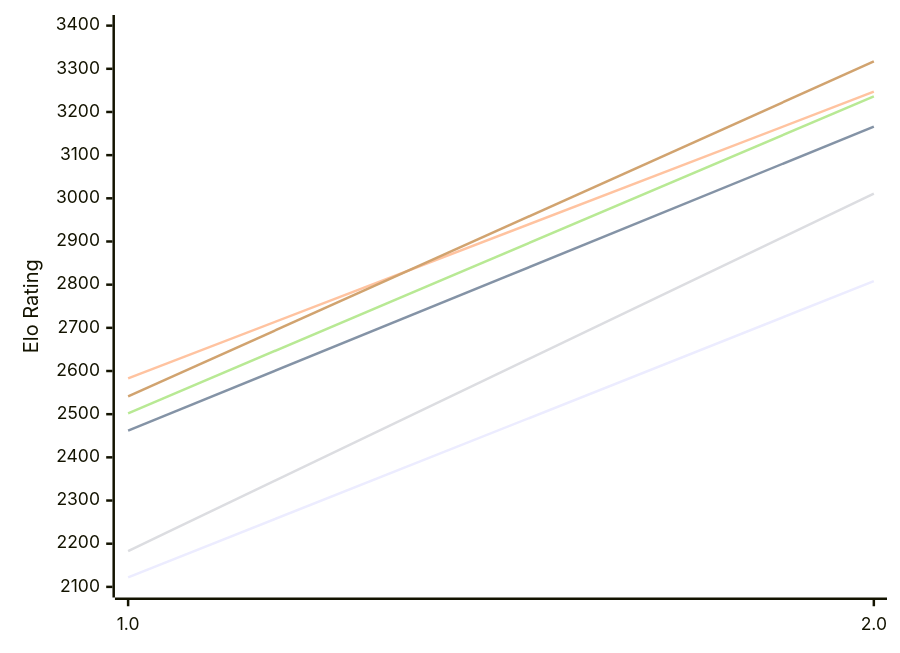
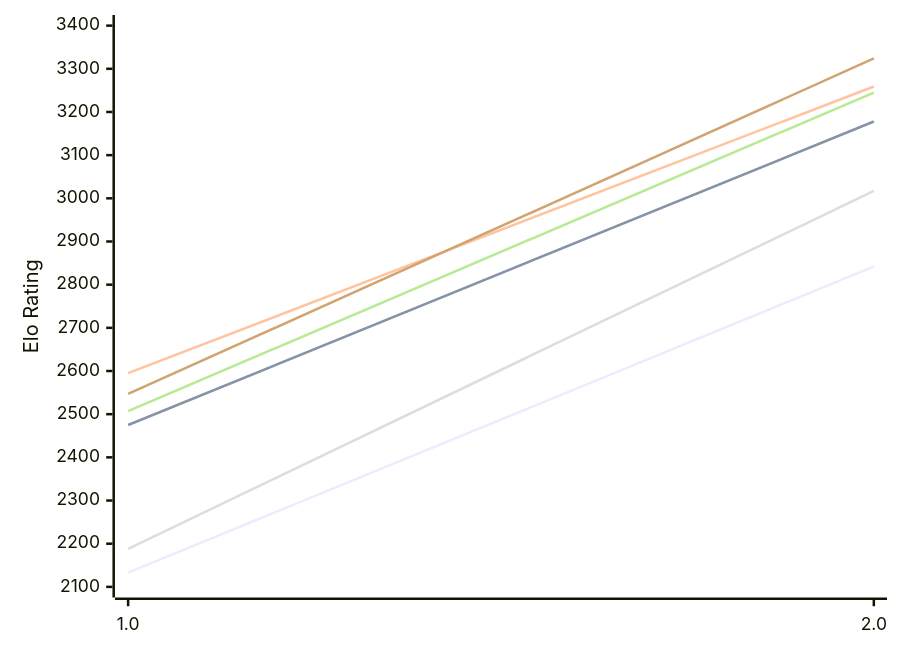
One commit to computer-chess-index/cci changed the diagram in engines/Scarlet.md. Above: the diagram before and after it, drawn with Mermaid. The commit also changed other lines of this file, not shown here.

Commit message:
Update CCI Ratings (ELO VLTC) - 2026-10-25

````diff
--- a/engines/Scarlet.md
+++ b/engines/Scarlet.md
@@ -49,12 +49,12 @@
 ```mermaid
 %%{init: {"theme":"base","themeVariables":{"seriesColors:['#a3a3a3','#222221','#faa371']}}}%%
 xychart-beta
   x-axis ["1.0", "2.0"]
   y-axis "Elo Rating" 2100 --> 3400
-  line "E1: STC (8.0+0.08s)" [2122, 2808]
-  line "E1: LTC (60.0+0.60s)" [2462, 3166]
-  line "E1: VLTC (2m24s+1.12s)" [2583, 3247]
-  line "P1: STC (8.0+0.08s)" [2183, 3011]
-  line "P1: LTC (60.0+0.60s)" [2502, 3236]
-  line "P1: VLTC (2m24s+1.12s)" [2541, 3317]
+  line "E1: STC (8.0+0.08s)" [2133, 2842]
+  line "E1: LTC (60.0+0.60s)" [2475, 3178]
+  line "E1: VLTC (2m24s+1.12s)" [2595, 3259]
+  line "P1: STC (8.0+0.08s)" [2188, 3017]
+  line "P1: LTC (60.0+0.60s)" [2507, 3245]
+  line "P1: VLTC (2m24s+1.12s)" [2547, 3324]
 ```
````
